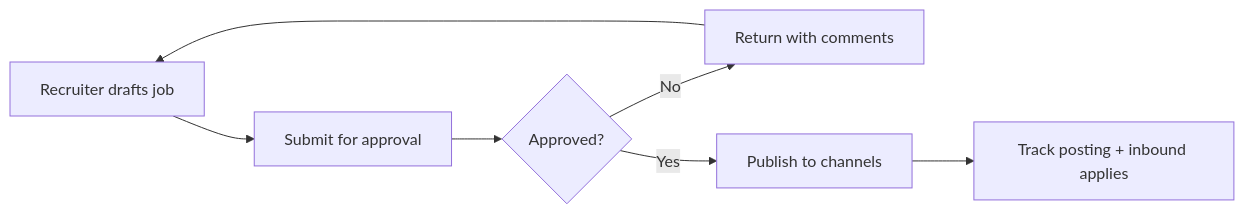
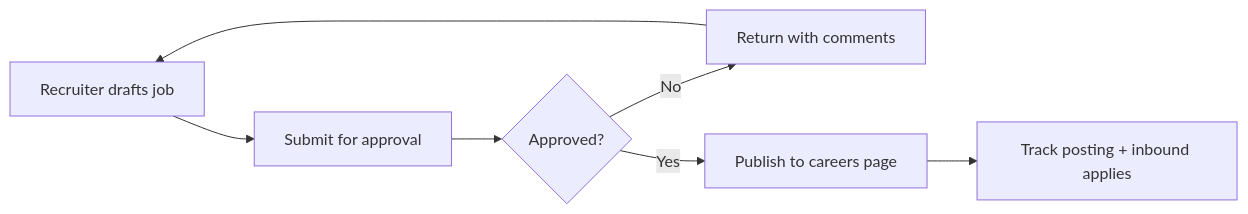
Before and after one commit to icsanabriar/AI4Devs-design-2-202602-Seniors: the third of 7 diagrams in LTI-ICS/001-prd.md, drawn with Mermaid. The commit also changed other lines of this file and 1 other file, not shown here.

````diff
--- a/LTI-ICS/001-prd.md
+++ b/LTI-ICS/001-prd.md
@@ -425,9 +425,9 @@
 ```mermaid
 flowchart LR
   A[Recruiter drafts job] --> B[Submit for approval]
   B --> C{Approved?}
   C -->|No| D[Return with comments]
   D --> A
-  C -->|Yes| E[Publish to channels]
+  C -->|Yes| E[Publish to careers page]
   E --> F[Track posting + inbound applies]
 ```
````
